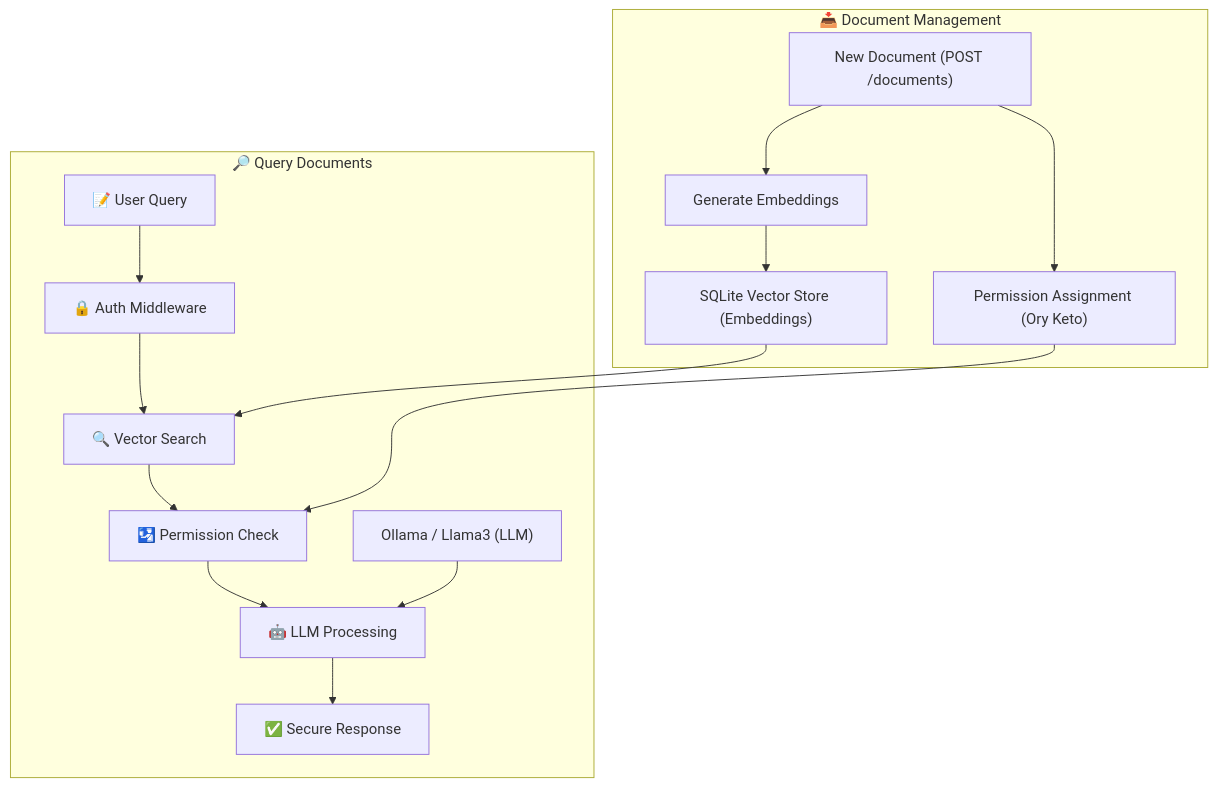
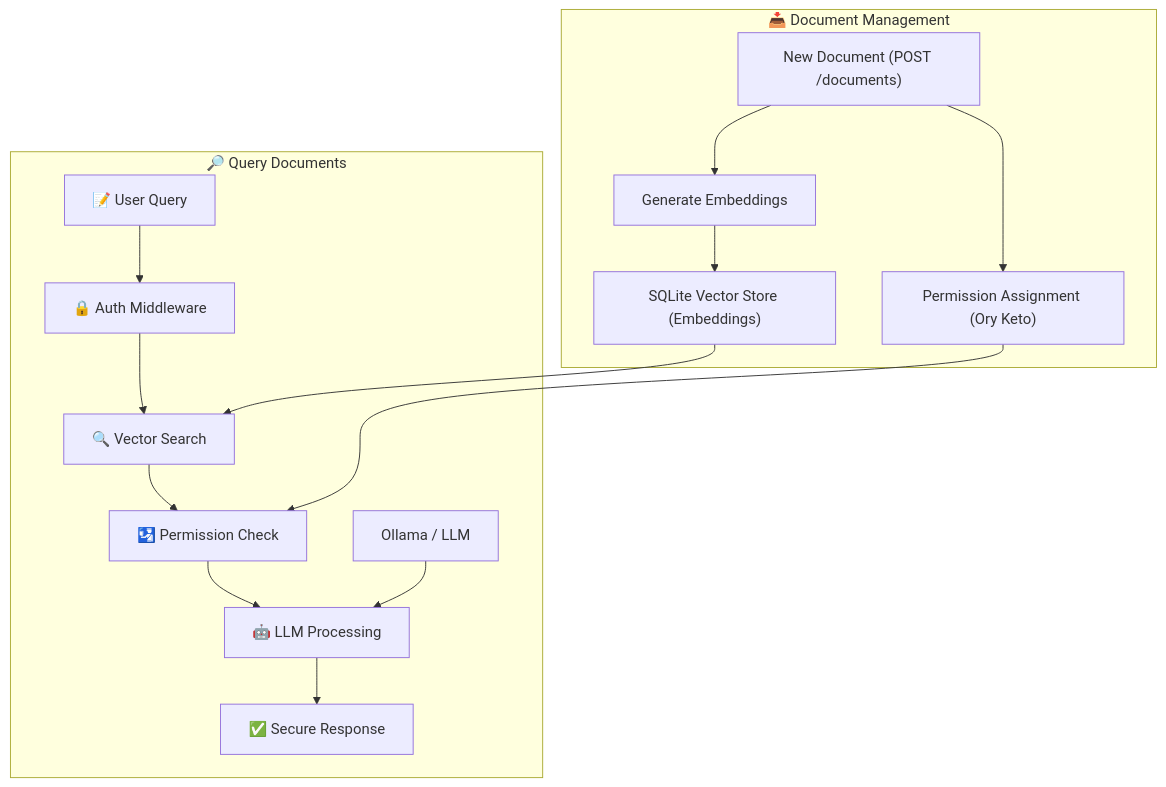
Before and after one commit to ory/rerag-rbac-rag-llm: the diagram in README.md, drawn with Mermaid. The commit also changed other lines of this file and 5 other files, not shown here.

````diff
--- a/README.md
+++ b/README.md
@@ -124,32 +124,32 @@
 ```mermaid
 graph TD
 
     %% ------------------------
     %% Add documents flow
     %% ------------------------
     subgraph ADD["📥 Document Management"]
       AA["New Document (POST /documents)"]
       AA --> H["Permission Assignment (Ory Keto)"]
       AA --> DD["Generate Embeddings"]
       DD --> I
     end
 
     %% ------------------------
     %% Query flow
     %% ------------------------
     subgraph QUERY["🔎 Query Documents"]
       A["📝 User Query"]
       A --> B["🔒 Auth Middleware"]
       B --> D["🔍 Vector Search"]
       D --> E["🛂 Permission Check"]
       E --> F["🤖 LLM Processing"]
       F --> G["✅ Secure Response"]
       I["SQLite Vector Store (Embeddings)"]
-      J["Ollama / Llama3 (LLM)"]
+      J["Ollama / LLM"]
     end
 
     %% Wiring external systems
     H --> E
     I --> D
     J --> F
 ```
````
